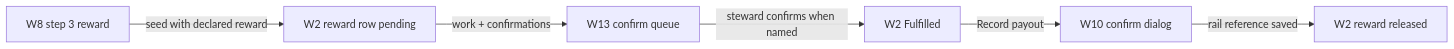
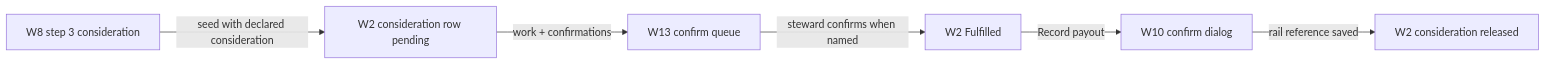
Before and after one commit to greenpill-dev-guild/green-goods: the tenth of 17 diagrams in .plans/active/commitment-pooling/prototypes.md, drawn with Mermaid. The commit also changed other lines of this file and 38 other files, not shown here.

````diff
--- a/.plans/active/commitment-pooling/prototypes.md
+++ b/.plans/active/commitment-pooling/prototypes.md
@@ -500,8 +500,8 @@
 ```mermaid
 flowchart LR
-  A["W8 step 3 reward"] -->|"seed with declared reward"| B["W2 reward row pending"]
+  A["W8 step 3 consideration"] -->|"seed with declared consideration"| B["W2 consideration row pending"]
   B -->|"work + confirmations"| C["W13 confirm queue"]
   C -->|"steward confirms when named"| D["W2 Fulfilled"]
   D -->|"Record payout"| E["W10 confirm dialog"]
-  E -->|"rail reference saved"| F["W2 reward released"]
+  E -->|"rail reference saved"| F["W2 consideration released"]
 ```
````
